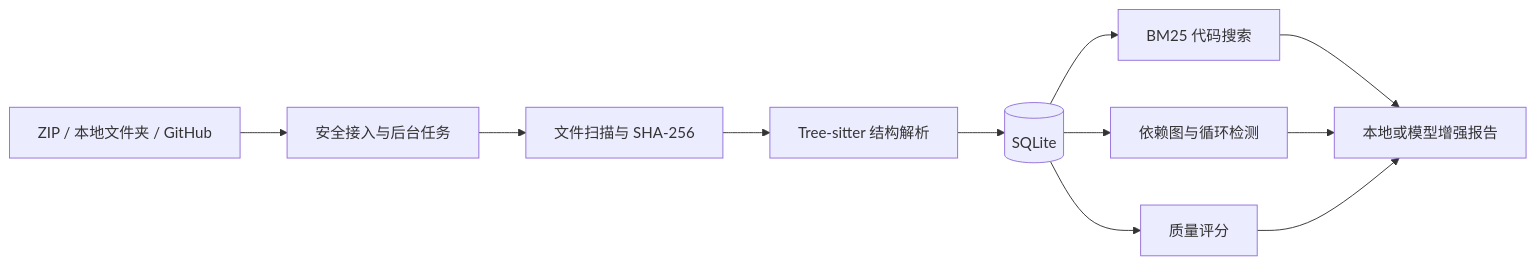
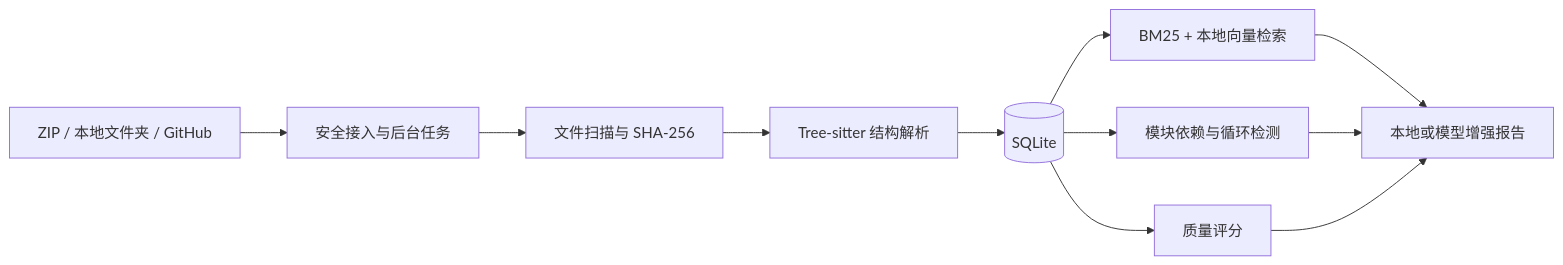
Before and after one commit to Boomfreezing/DevAtlas: the diagram in README.md, drawn with Mermaid. The commit also changed other lines of this file and 48 other files, not shown here.

````diff
--- a/README.md
+++ b/README.md
@@ -44,13 +47,13 @@
 ```mermaid
 flowchart LR
     A[ZIP / 本地文件夹 / GitHub] --> B[安全接入与后台任务]
     B --> C[文件扫描与 SHA-256]
     C --> D[Tree-sitter 结构解析]
     D --> E[(SQLite)]
-    E --> F[BM25 代码搜索]
-    E --> G[依赖图与循环检测]
+    E --> F[BM25 + 本地向量检索]
+    E --> G[模块依赖与循环检测]
     E --> H[质量评分]
     F --> I[本地或模型增强报告]
     G --> I
     H --> I
 ```
````
